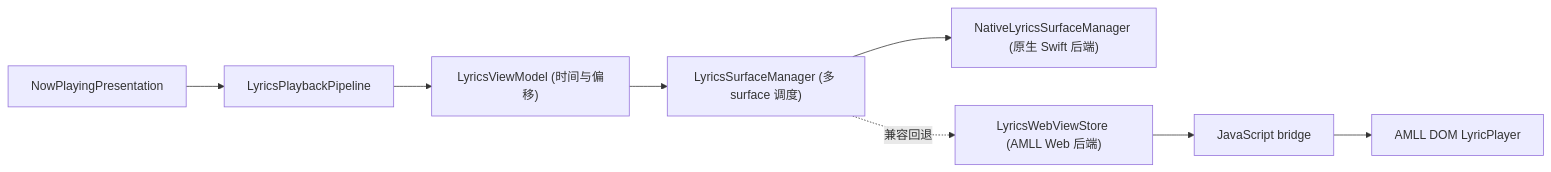
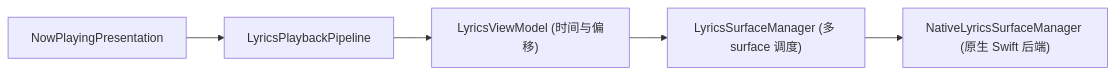
One commit to kmgcc/kmgccc_player changed the diagram in docs/lyric-rendering.md. Above: the diagram before and after it, drawn with Mermaid. The commit also changed other lines of this file and 293 other files, not shown here.

````diff
--- a/docs/lyric-rendering.md
+++ b/docs/lyric-rendering.md
@@ -8,10 +8,7 @@
 ```mermaid
 flowchart LR
     Presentation["NowPlayingPresentation"] --> Pipeline["LyricsPlaybackPipeline"]
     Pipeline --> Model["LyricsViewModel (时间与偏移)"]
     Model --> Manager["LyricsSurfaceManager (多 surface 调度)"]
     Manager --> Native["NativeLyricsSurfaceManager (原生 Swift 后端)"]
-    Manager -. 兼容回退 .-> Store["LyricsWebViewStore (AMLL Web 后端)"]
-    Store --> Bridge["JavaScript bridge"]
-    Bridge --> AMLL["AMLL DOM LyricPlayer"]
 ```
````
